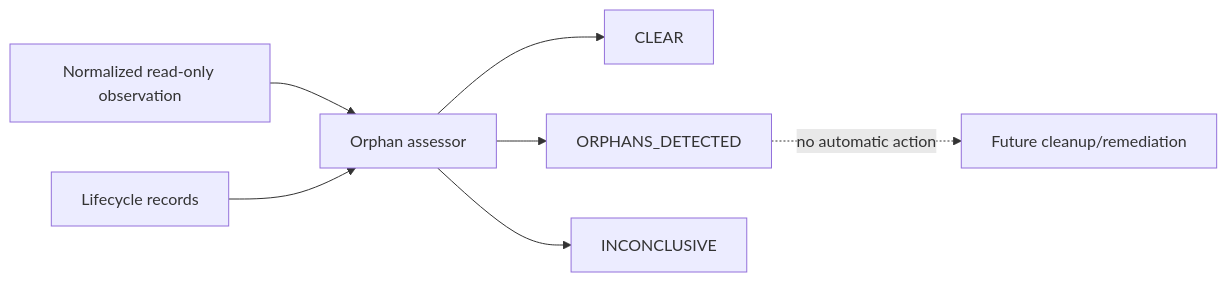
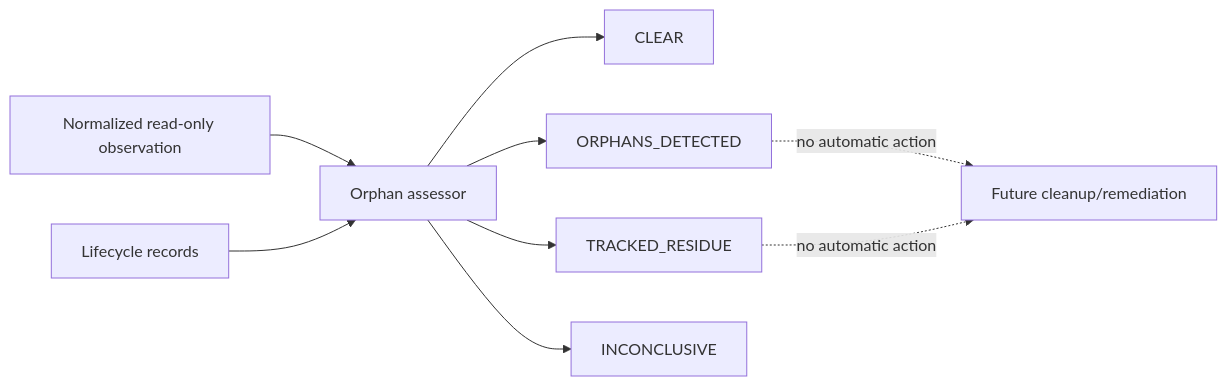
One commit to pestoura/hermes-security-labs changed the second of 2 diagrams in docs/roadmap/epics/EPIC-04-transactional-lifecycle-and-isolation.md. Above: the diagram before and after it, drawn with Mermaid. The commit also changed other lines of this file, not shown here.

Commit message:
docs(svp2-b03): make tracked quarantine residue explicit in EPIC-04

````diff
--- a/docs/roadmap/epics/EPIC-04-transactional-lifecycle-and-isolation.md
+++ b/docs/roadmap/epics/EPIC-04-transactional-lifecycle-and-isolation.md
@@ -89,17 +89,20 @@
 ```mermaid
 flowchart LR
   OBS[Normalized read-only observation]
   RECORDS[Lifecycle records]
   ASSESS[Orphan assessor]
   CLEAR[CLEAR]
+  TRACKED[TRACKED_RESIDUE]
   FOUND[ORPHANS_DETECTED]
   INC[INCONCLUSIVE]
   CLEAN[Future cleanup/remediation]
 
   OBS --> ASSESS
   RECORDS --> ASSESS
   ASSESS --> CLEAR
+  ASSESS --> TRACKED
   ASSESS --> FOUND
   ASSESS --> INC
   FOUND -. no automatic action .-> CLEAN
+  TRACKED -. no automatic action .-> CLEAN
 ```
````
